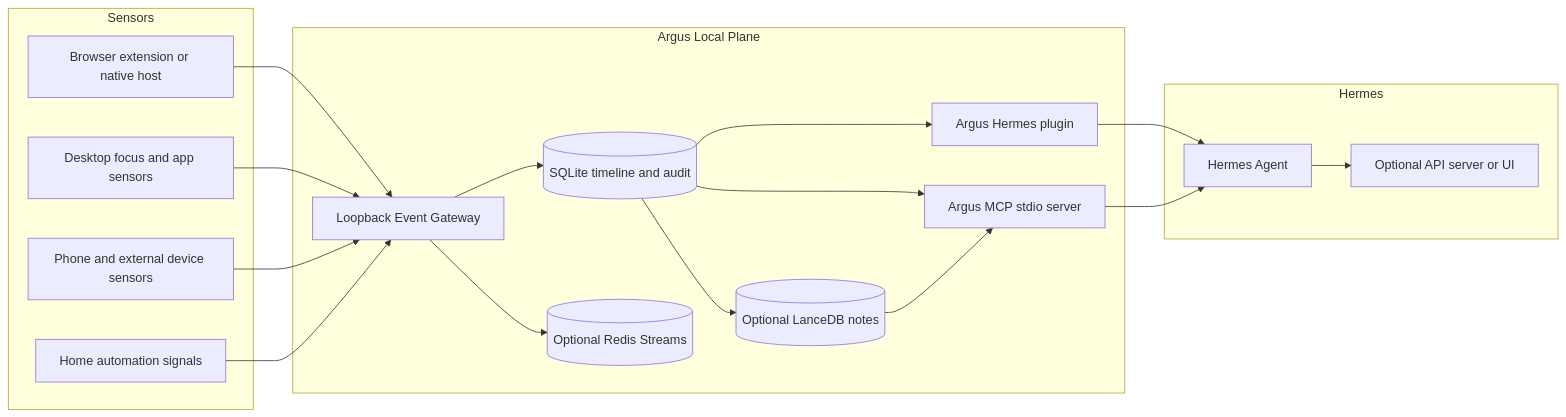
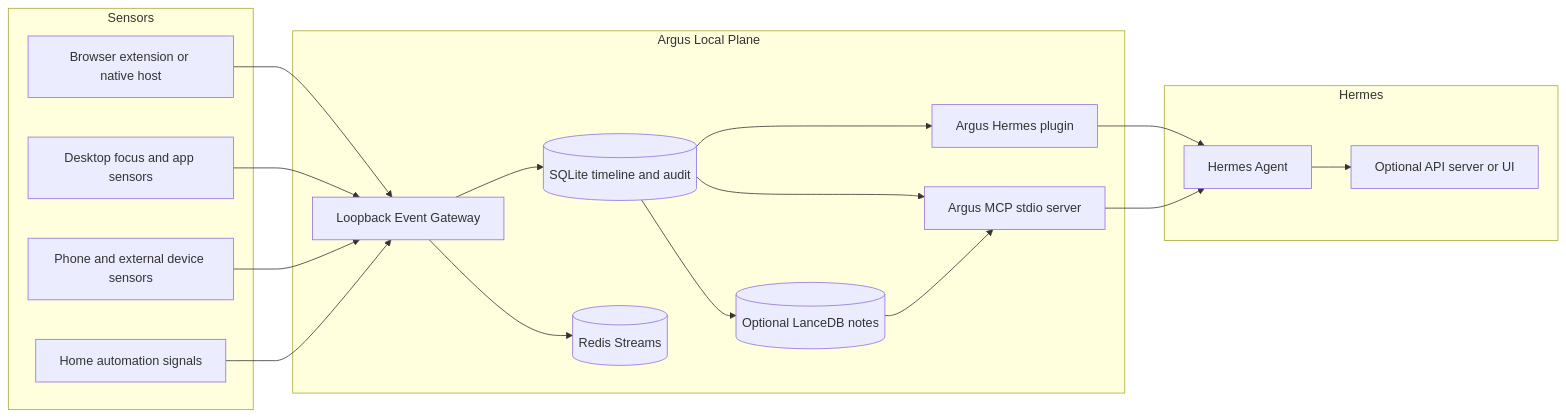
Before and after one commit to JamesFincher/argus: the first of 2 diagrams in deep-research-report.md, drawn with Mermaid. The commit also changed other lines of this file and 19 other files, not shown here.

````diff
--- a/deep-research-report.md
+++ b/deep-research-report.md
@@ -98,39 +98,39 @@
 ```mermaid
 flowchart LR
   subgraph Sensors
     B[Browser extension or native host]
     D[Desktop focus and app sensors]
     P[Phone and external device sensors]
     H[Home automation signals]
   end
 
   subgraph Argus Local Plane
     G[Loopback Event Gateway]
     S[(SQLite timeline and audit)]
-    R[(Optional Redis Streams)]
+    R[(Redis Streams)]
     N[(Optional LanceDB notes)]
     X[Argus MCP stdio server]
     K[Argus Hermes plugin]
   end
 
   subgraph Hermes
     A[Hermes Agent]
     U[Optional API server or UI]
   end
 
   B --> G
   D --> G
   P --> G
   H --> G
 
   G --> S
   G --> R
   S --> N
   S --> X
   N --> X
   S --> K
 
   K --> A
   X --> A
   A --> U
 ```
````
